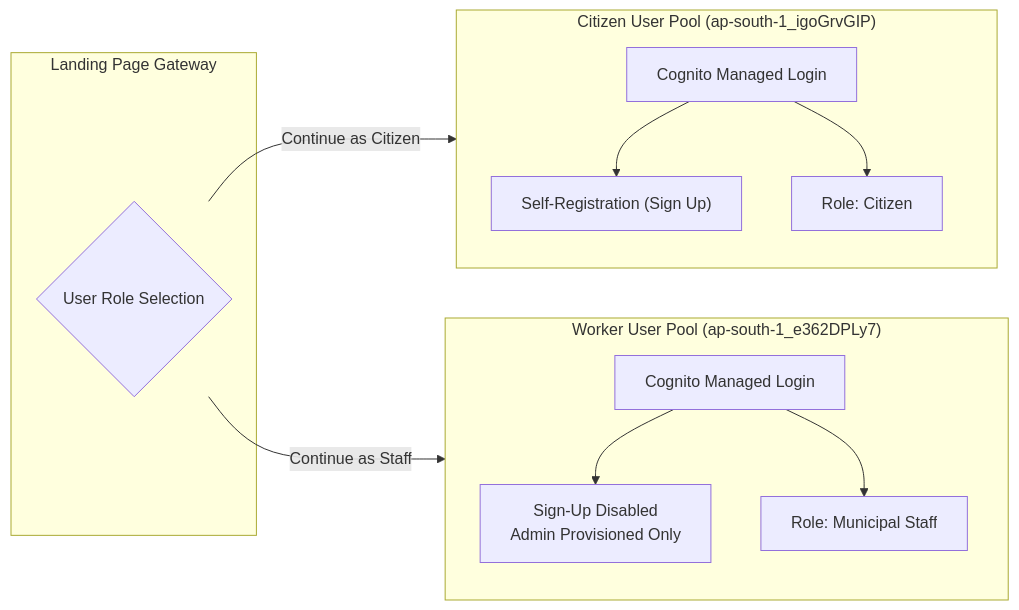
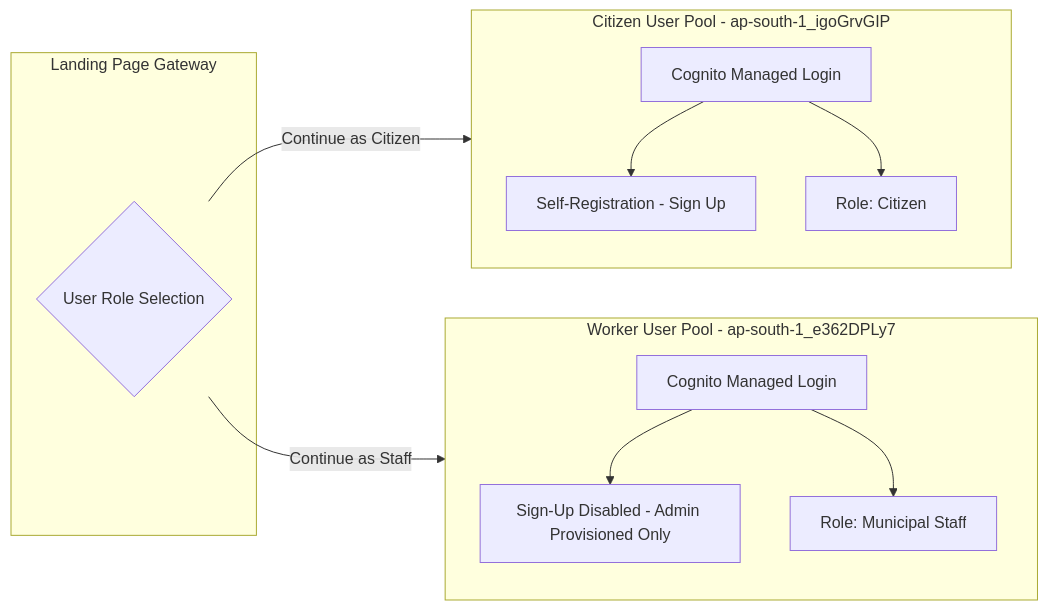
Before and after one commit to MAHanupriSAR/DumpMap: the third of 3 diagrams in README.md, drawn with Mermaid. The commit also changed other lines of this file, not shown here.

Commit message:
fix(docs): resolve Mermaid syntax error on GitHub by eliminating unquoted parentheses in edge and node labels

````diff
--- a/README.md
+++ b/README.md
@@ -285,25 +285,25 @@
 ```mermaid
 graph LR
     subgraph Landing["Landing Page Gateway"]
         Choice{"User Role Selection"}
     end
 
-    subgraph CitizenPool["Citizen User Pool (ap-south-1_igoGrvGIP)"]
+    subgraph CitizenPool["Citizen User Pool - ap-south-1_igoGrvGIP"]
         C_Auth["Cognito Managed Login"]
-        C_SignUp["Self-Registration (Sign Up)"]
+        C_SignUp["Self-Registration - Sign Up"]
         C_Role["Role: Citizen"]
     end
 
-    subgraph StaffPool["Worker User Pool (ap-south-1_e362DPLy7)"]
+    subgraph StaffPool["Worker User Pool - ap-south-1_e362DPLy7"]
         S_Auth["Cognito Managed Login"]
-        S_NoSignUp["Sign-Up Disabled\nAdmin Provisioned Only"]
+        S_NoSignUp["Sign-Up Disabled - Admin Provisioned Only"]
         S_Role["Role: Municipal Staff"]
     end
 
     Choice -->|Continue as Citizen| CitizenPool
     Choice -->|Continue as Staff| StaffPool
     C_Auth --> C_SignUp
     C_Auth --> C_Role
     S_Auth --> S_NoSignUp
     S_Auth --> S_Role
 ```
````
